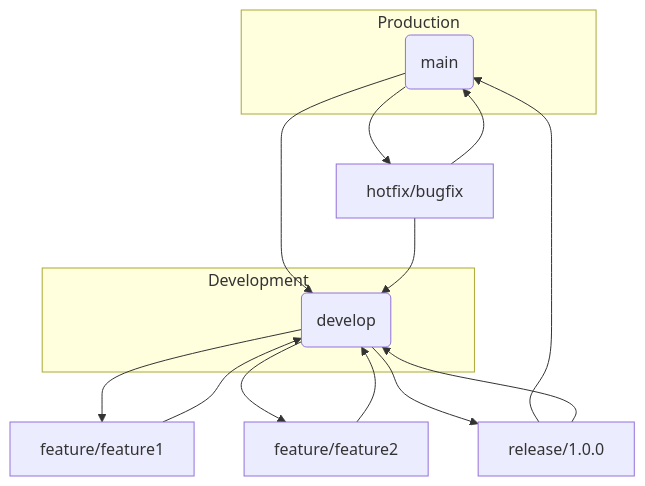
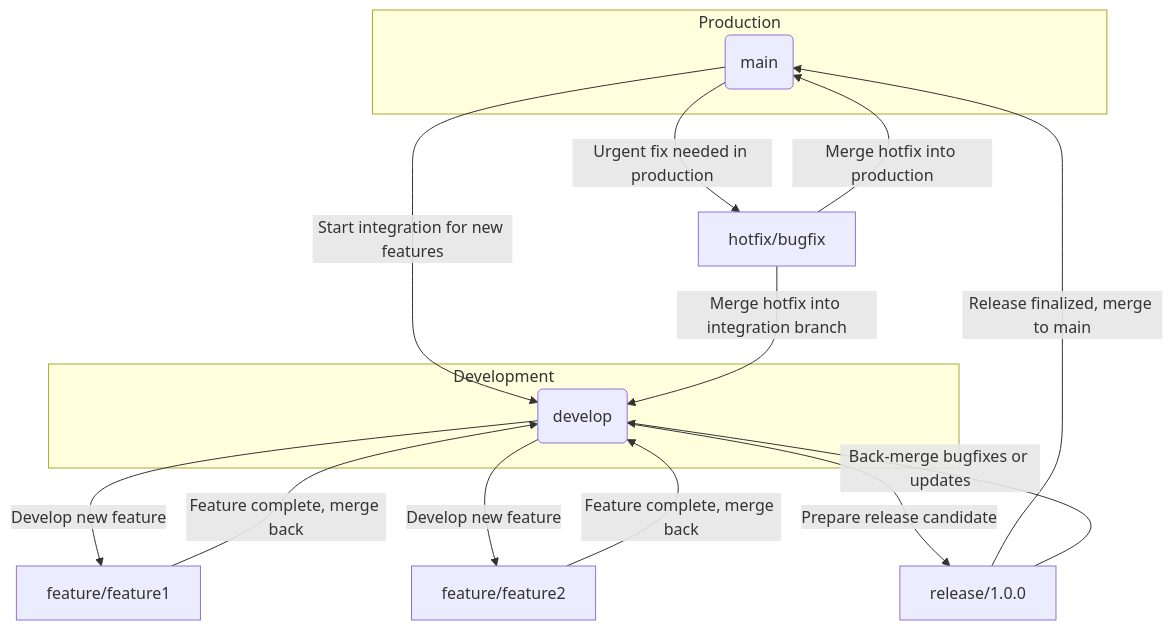
Before and after one commit to danialrostami/Devops-Doc: the fourth of 4 diagrams in GIT/Learn/Git Flow.md, drawn with Mermaid. The commit also changed other lines of this file, not shown here.

Commit message:
Update Git Flow.md

````diff
--- a/GIT/Learn/Git Flow.md
+++ b/GIT/Learn/Git Flow.md
@@ -89,25 +86,25 @@
 ```mermaid
 flowchart TD
     subgraph Production[Production]
         MAIN(main)
     end
 
     subgraph Development[Development]
         DEVELOP(develop)
     end
 
-    MAIN --> DEVELOP
+    MAIN -->|Start integration for new features| DEVELOP
 
-    DEVELOP --> F1[feature/feature1]
-    DEVELOP --> F2[feature/feature2]
-    F1 --> DEVELOP
-    F2 --> DEVELOP
+    DEVELOP -->|Develop new feature| F1[feature/feature1]
+    DEVELOP -->|Develop new feature| F2[feature/feature2]
+    F1 -->|Feature complete, merge back| DEVELOP
+    F2 -->|Feature complete, merge back| DEVELOP
 
-    DEVELOP --> RELEASE[release/1.0.0]
-    RELEASE --> MAIN
-    RELEASE --> DEVELOP
+    DEVELOP -->|Prepare release candidate| RELEASE[release/1.0.0]
+    RELEASE -->|Release finalized, merge to main| MAIN
+    RELEASE -->|Back-merge bugfixes or updates| DEVELOP
 
-    MAIN --> HOTFIX[hotfix/bugfix]
-    HOTFIX --> MAIN
-    HOTFIX --> DEVELOP
+    MAIN -->|Urgent fix needed in production| HOTFIX[hotfix/bugfix]
+    HOTFIX -->|Merge hotfix into production| MAIN
+    HOTFIX -->|Merge hotfix into integration branch| DEVELOP
 ```
````
